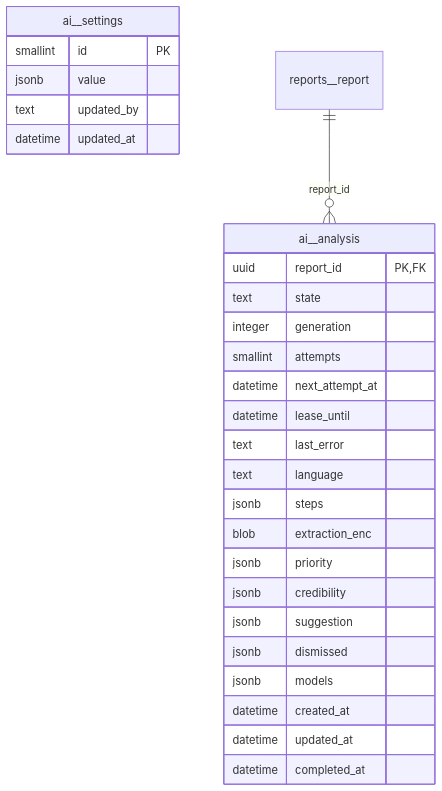
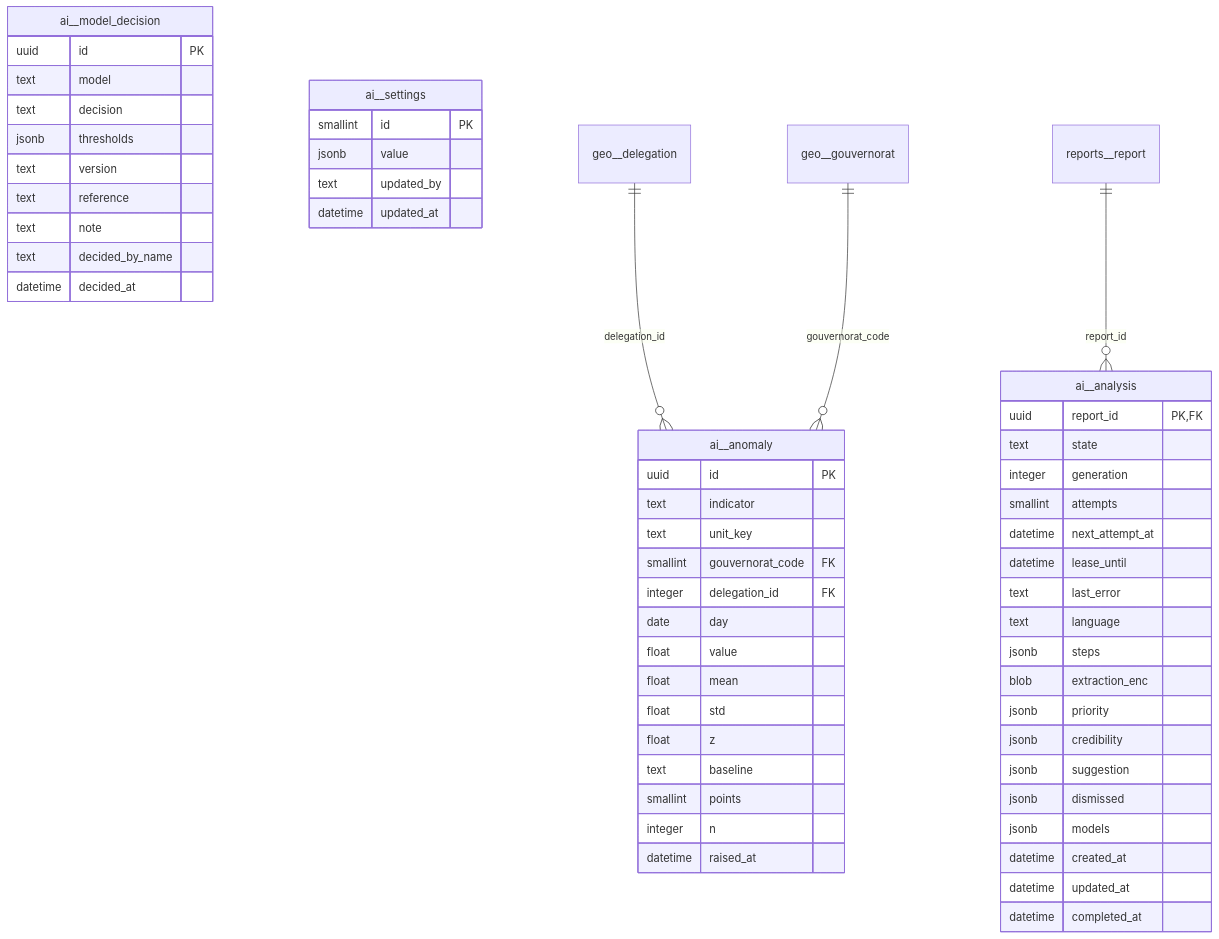
The second of 31 diagrams in docs/erd.md (mouhabouk/E-HIMAYA), drawn with Mermaid before and after one commit. The commit also changed other lines of this file and 8 other files, not shown here.

First line of the commit message:
L5c: completion anomaly test, the date bound fixed, the model cards in the accessibility scan, OpenAPI, ERD and the design notes

````diff
--- a/docs/erd.md
+++ b/docs/erd.md
@@ -32,30 +32,59 @@
 ```mermaid
 erDiagram
     ai__analysis {
         uuid report_id PK,FK
         text state
         integer generation
         smallint attempts
         datetime next_attempt_at
         datetime lease_until
         text last_error
         text language
         jsonb steps
         blob extraction_enc
         jsonb priority
         jsonb credibility
         jsonb suggestion
         jsonb dismissed
         jsonb models
         datetime created_at
         datetime updated_at
         datetime completed_at
     }
+    ai__anomaly {
+        uuid id PK
+        text indicator
+        text unit_key
+        smallint gouvernorat_code FK
+        integer delegation_id FK
+        date day
+        float value
+        float mean
+        float std
+        float z
+        text baseline
+        smallint points
+        integer n
+        datetime raised_at
+    }
+    ai__model_decision {
+        uuid id PK
+        text model
+        text decision
+        jsonb thresholds
+        text version
+        text reference
+        text note
+        text decided_by_name
+        datetime decided_at
+    }
     ai__settings {
         smallint id PK
         jsonb value
         text updated_by
         datetime updated_at
     }
+    geo__delegation ||--o{ ai__anomaly : "delegation_id"
+    geo__gouvernorat ||--o{ ai__anomaly : "gouvernorat_code"
     reports__report ||--o{ ai__analysis : "report_id"
 ```
````
